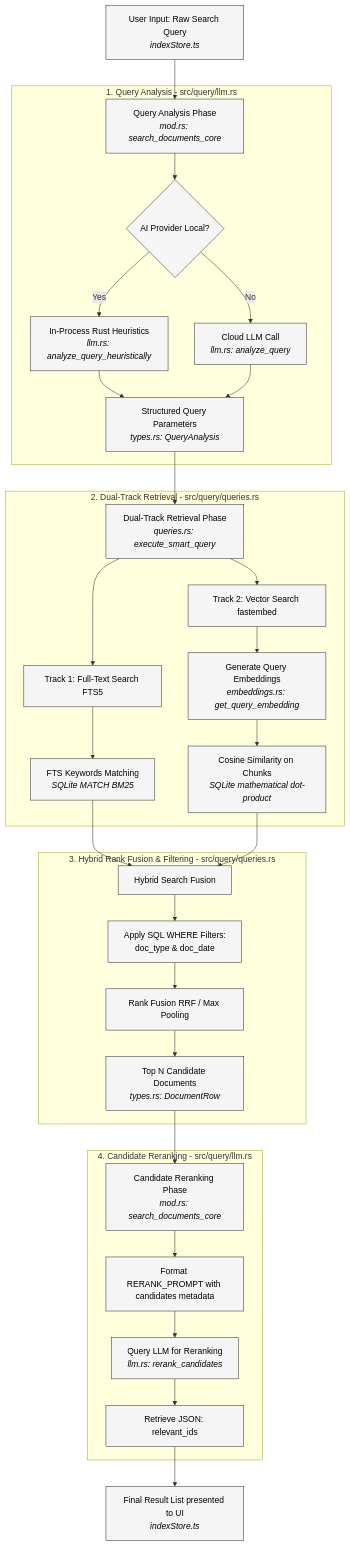
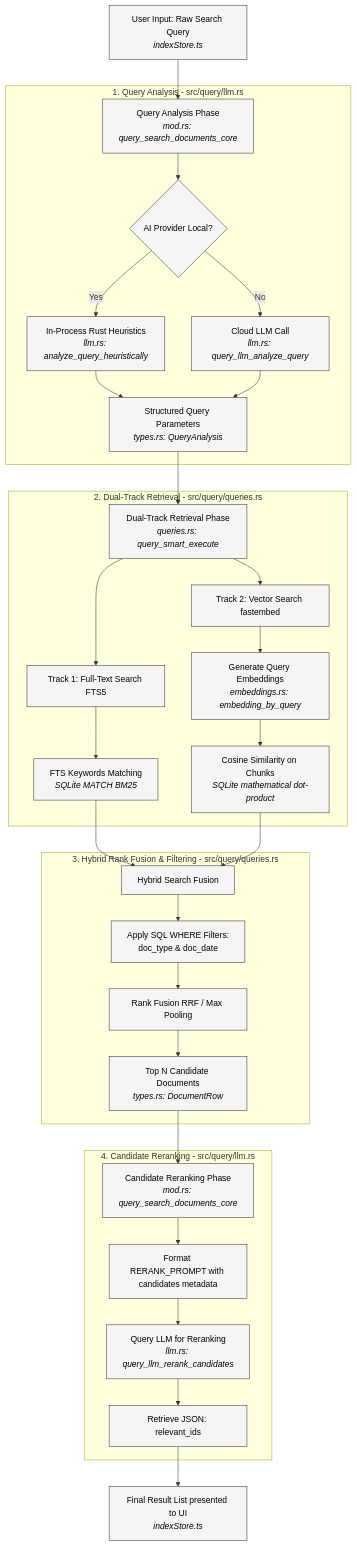
Before and after one commit to tsemach/doron-desktop: the diagram in docs/search_flow_diagram.md, drawn with Mermaid. The commit also changed other lines of this file and 17 other files, not shown here.

````diff
--- a/docs/search_flow_diagram.md
+++ b/docs/search_flow_diagram.md
@@ -12,49 +12,49 @@
 ```mermaid
 graph TD
     %% Define styles
     classDef grayBox fill:#f5f5f5,stroke:#333333,stroke-width:1px,color:#000000;
 
     %% Elements
-    A[User Input: Raw Search Query<br><i>indexStore.ts</i>]:::grayBox --> B[Query Analysis Phase<br><i>mod.rs: search_documents_core</i>]:::grayBox
+    A[User Input: Raw Search Query<br><i>indexStore.ts</i>]:::grayBox --> B[Query Analysis Phase<br><i>mod.rs: query_search_documents_core</i>]:::grayBox
     
     subgraph Query Analysis [1. Query Analysis - src/query/llm.rs]
         B --> C{AI Provider Local?}
         C -->|Yes| D[In-Process Rust Heuristics<br><i>llm.rs: analyze_query_heuristically</i>]:::grayBox
-        C -->|No| E[Cloud LLM Call<br><i>llm.rs: analyze_query</i>]:::grayBox
+        C -->|No| E[Cloud LLM Call<br><i>llm.rs: query_llm_analyze_query</i>]:::grayBox
         D --> F[Structured Query Parameters<br><i>types.rs: QueryAnalysis</i>]:::grayBox
         E --> F
     end
 
-    F --> G[Dual-Track Retrieval Phase<br><i>queries.rs: execute_smart_query</i>]:::grayBox
+    F --> G[Dual-Track Retrieval Phase<br><i>queries.rs: query_smart_execute</i>]:::grayBox
 
     subgraph Dual Retrieval [2. Dual-Track Retrieval - src/query/queries.rs]
         G --> H[Track 1: Full-Text Search FTS5]:::grayBox
         G --> I[Track 2: Vector Search fastembed]:::grayBox
         
         H --> J[FTS Keywords Matching<br><i>SQLite MATCH BM25</i>]:::grayBox
-        I --> K[Generate Query Embeddings<br><i>embeddings.rs: get_query_embedding</i>]:::grayBox
+        I --> K[Generate Query Embeddings<br><i>embeddings.rs: embedding_by_query</i>]:::grayBox
         K --> L[Cosine Similarity on Chunks<br><i>SQLite mathematical dot-product</i>]:::grayBox
     end
 
     J --> M[Hybrid Search Fusion]:::grayBox
     L --> M
 
     subgraph Fusion [3. Hybrid Rank Fusion & Filtering - src/query/queries.rs]
         M --> N[Apply SQL WHERE Filters:<br>doc_type & doc_date]:::grayBox
         N --> O[Rank Fusion RRF / Max Pooling]:::grayBox
         O --> P[Top N Candidate Documents<br><i>types.rs: DocumentRow</i>]:::grayBox
     end
 
-    P --> Q[Candidate Reranking Phase<br><i>mod.rs: search_documents_core</i>]:::grayBox
+    P --> Q[Candidate Reranking Phase<br><i>mod.rs: query_search_documents_core</i>]:::grayBox
 
     subgraph Reranking [4. Candidate Reranking - src/query/llm.rs]
         Q --> R[Format RERANK_PROMPT with candidates metadata]:::grayBox
-        R --> S[Query LLM for Reranking<br><i>llm.rs: rerank_candidates</i>]:::grayBox
+        R --> S[Query LLM for Reranking<br><i>llm.rs: query_llm_rerank_candidates</i>]:::grayBox
         S --> T[Retrieve JSON: relevant_ids]:::grayBox
     end
 
     T --> U[Final Result List presented to UI<br><i>indexStore.ts</i>]:::grayBox
 
     %% Apply Classes
     class A,B,C,D,E,F,G,H,I,J,K,L,M,N,O,P,Q,R,S,T,U grayBox;
 ```
````
